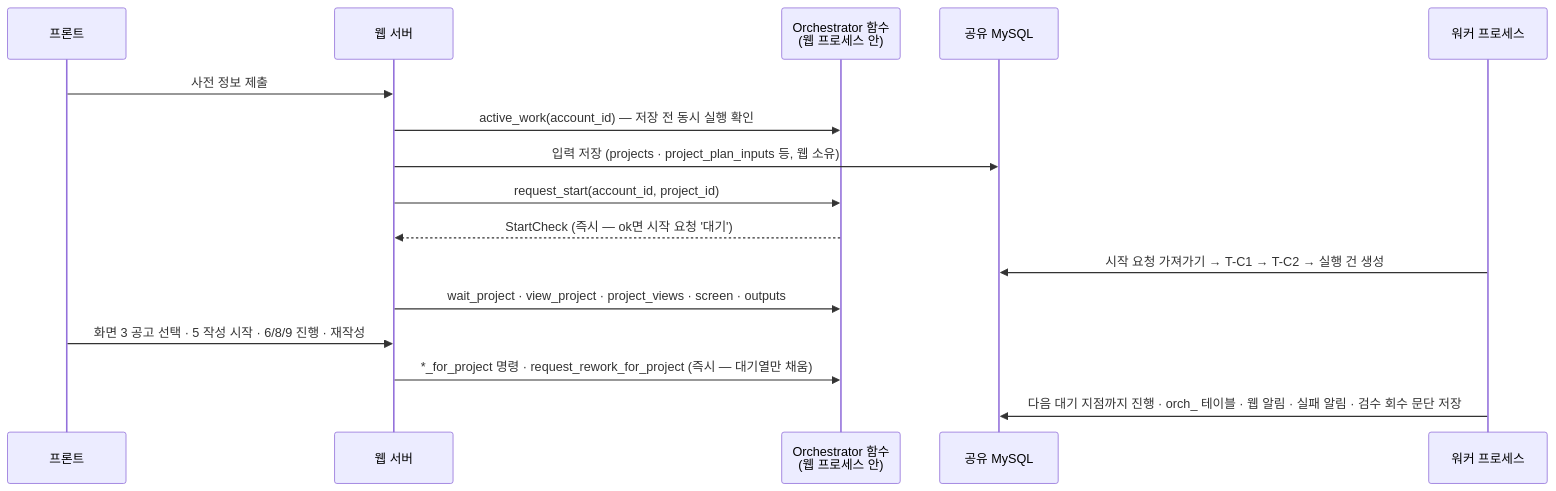
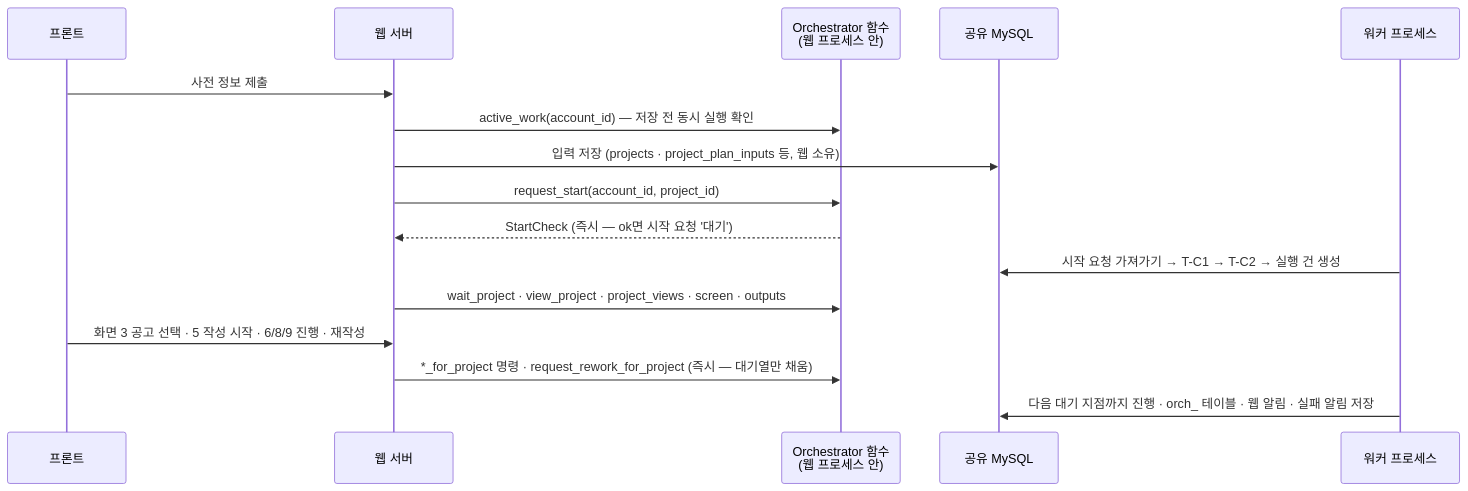
One commit to SKNETWORKS-FAMILY-AICAMP/SKN32-FINAL-1TEAM changed the diagram in agent-orchestration/docs/Orchestrator_웹연동_함수명세.md. Above: the diagram before and after it, drawn with Mermaid. The commit also changed other lines of this file and 63 other files, not shown here.

````diff
--- a/agent-orchestration/docs/Orchestrator_웹연동_함수명세.md
+++ b/agent-orchestration/docs/Orchestrator_웹연동_함수명세.md
@@ -212,18 +229,18 @@
 ```mermaid
 sequenceDiagram
   participant F as 프론트
   participant W as 웹 서버
   participant O as Orchestrator 함수<br/>(웹 프로세스 안)
   participant DB as 공유 MySQL
   participant K as 워커 프로세스
   F->>W: 사전 정보 제출
   W->>O: active_work(account_id) — 저장 전 동시 실행 확인
   W->>DB: 입력 저장 (projects · project_plan_inputs 등, 웹 소유)
   W->>O: request_start(account_id, project_id)
   O-->>W: StartCheck (즉시 — ok면 시작 요청 '대기')
   K->>DB: 시작 요청 가져가기 → T-C1 → T-C2 → 실행 건 생성
   W->>O: wait_project · view_project · project_views · screen · outputs
   F->>W: 화면 3 공고 선택 · 5 작성 시작 · 6/8/9 진행 · 재작성
   W->>O: *_for_project 명령 · request_rework_for_project (즉시 — 대기열만 채움)
-  K->>DB: 다음 대기 지점까지 진행 · orch_ 테이블 · 웹 알림 · 실패 알림 · 검수 회수 문단 저장
+  K->>DB: 다음 대기 지점까지 진행 · orch_ 테이블 · 웹 알림 · 실패 알림 저장
 ```
````
